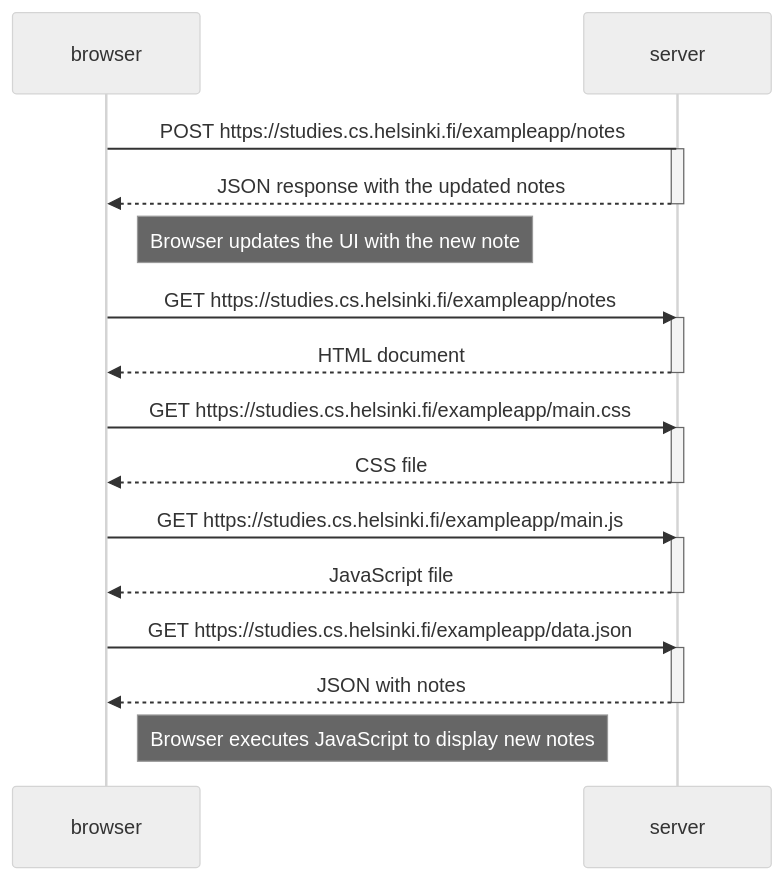
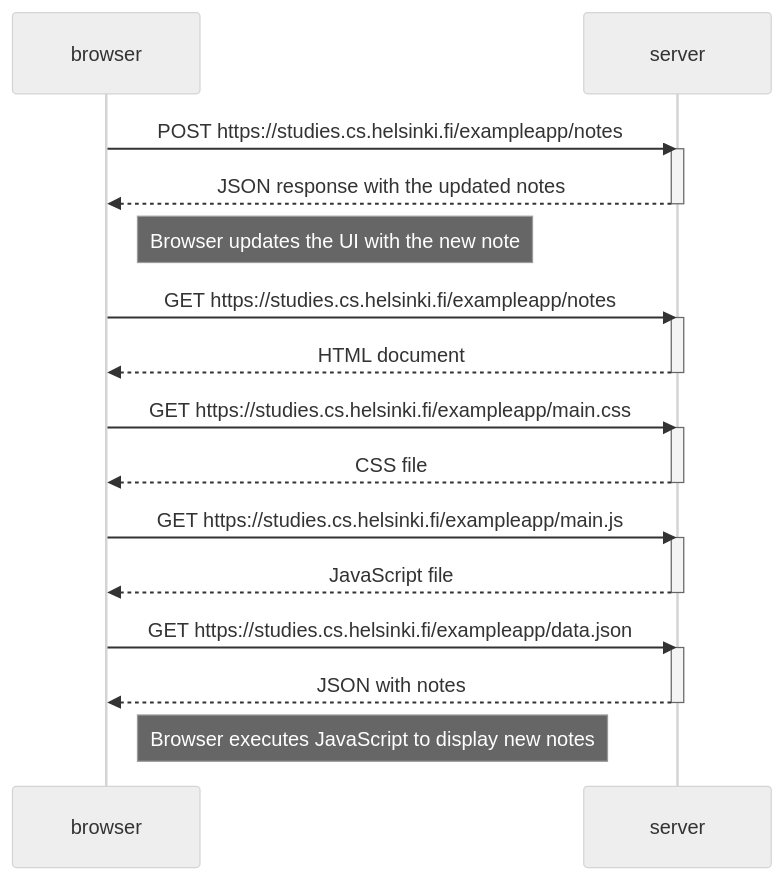
Before and after one commit to RafaelaYazawa/helsinki-web-develop: the diagram in part-0/exercises0.4.md, drawn with Mermaid (neutral theme). The commit also changed 1 other file, not shown here.

Commit message:
Fixed exercise 0.5

````diff
--- a/part-0/exercises0.4.md
+++ b/part-0/exercises0.4.md
@@ -1,34 +1,34 @@
 ```mermaid
 sequenceDiagram
     participant browser
     participant server
 
-    browser -> server:  POST https://studies.cs.helsinki.fi/exampleapp/notes
+    browser->>server:  POST https://studies.cs.helsinki.fi/exampleapp/notes
     activate server
     server-->>browser:  JSON response with the updated notes
     deactivate server
 
     Note right of browser: Browser updates the UI with the new note
 
     browser->>server: GET https://studies.cs.helsinki.fi/exampleapp/notes
     activate server
     server-->>browser: HTML document
     deactivate server
 
     browser->>server: GET https://studies.cs.helsinki.fi/exampleapp/main.css
     activate server
     server-->>browser: CSS file
     deactivate server
 
     browser->>server: GET https://studies.cs.helsinki.fi/exampleapp/main.js
     activate server
     server-->>browser:  JavaScript file
     deactivate server
 
     browser->>server: GET https://studies.cs.helsinki.fi/exampleapp/data.json
     activate server
     server-->>browser: JSON with notes
     deactivate server
 
     Note right of browser:  Browser executes JavaScript to display new notes
 ```
````
